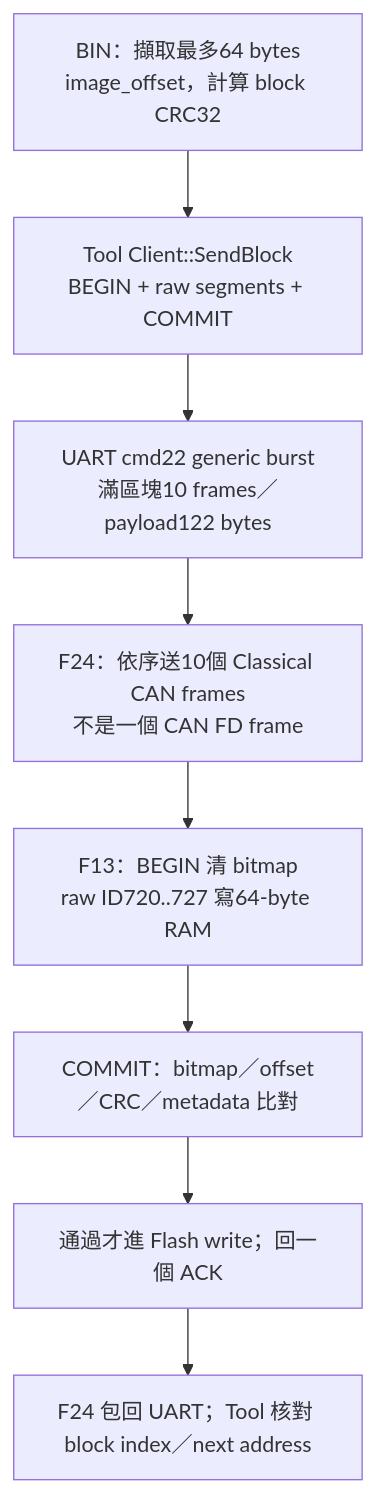
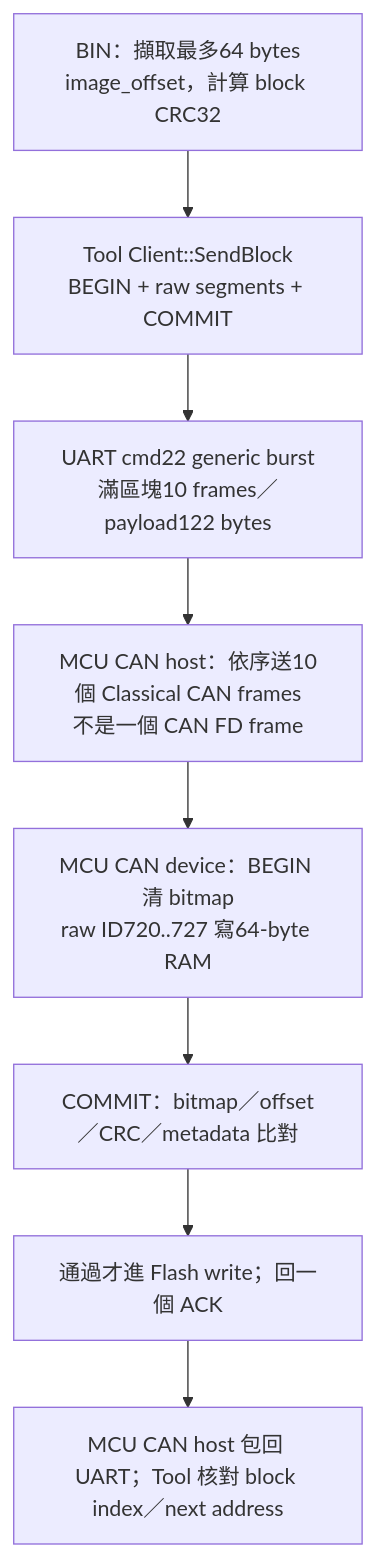
The fifth of 14 diagrams in index.md (released/slide_isp_tool_for_RL78), drawn with Mermaid before and after one commit. The commit also changed other lines of this file and 2 other files, not shown here.

````diff
--- a/index.md
+++ b/index.md
@@ -731,10 +324,10 @@
 ```mermaid
 flowchart TD
     B["BIN：擷取最多64 bytes<br/>image_offset，計算 block CRC32"] --> C["Tool Client::SendBlock<br/>BEGIN + raw segments + COMMIT"]
     C --> U["UART cmd22 generic burst<br/>滿區塊10 frames／payload122 bytes"]
-    U --> H["F24：依序送10個 Classical CAN frames<br/>不是一個 CAN FD frame"]
-    H --> R["F13：BEGIN 清 bitmap<br/>raw ID720..727 寫64-byte RAM"]
+    U --> H["MCU CAN host：依序送10個 Classical CAN frames<br/>不是一個 CAN FD frame"]
+    H --> R["MCU CAN device：BEGIN 清 bitmap<br/>raw ID720..727 寫64-byte RAM"]
     R --> V["COMMIT：bitmap／offset／CRC／metadata 比對"]
     V --> F["通過才進 Flash write；回一個 ACK"]
-    F --> A["F24 包回 UART；Tool 核對 block index／next address"]
+    F --> A["MCU CAN host 包回 UART；Tool 核對 block index／next address"]
 ```
````
